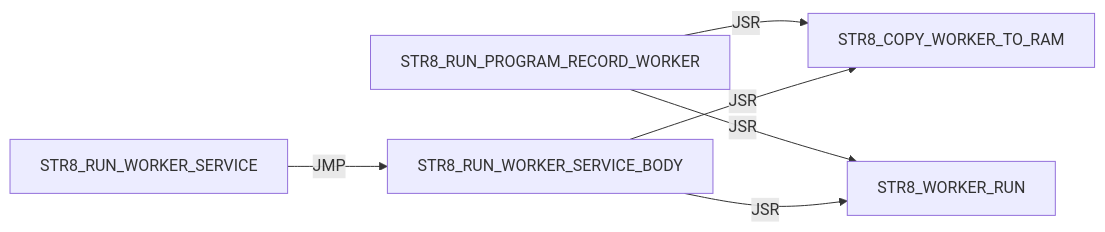
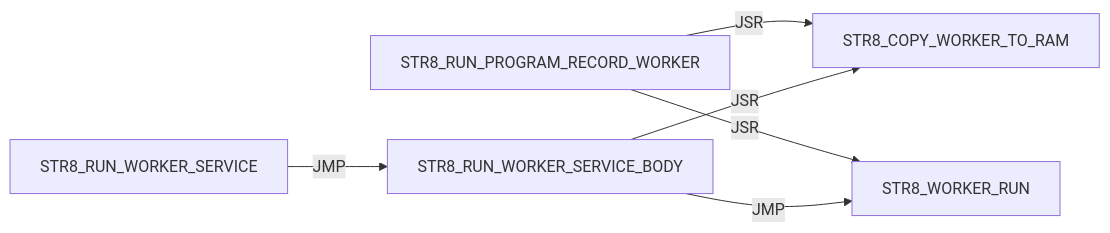
Before and after one commit to 95westus/R-YORS: diagram 28 of 41 in DOC/GUIDES/STR8/STR8_EDGE_DUMP.md, drawn with Mermaid. The commit also changed other lines of this file and 17 other files, not shown here.

````diff
--- a/DOC/GUIDES/STR8/STR8_EDGE_DUMP.md
+++ b/DOC/GUIDES/STR8/STR8_EDGE_DUMP.md
@@ -430,8 +408,8 @@
 ```mermaid
 flowchart LR
     N0["STR8_RUN_PROGRAM_RECORD_WORKER"] -->|JSR| N1["STR8_COPY_WORKER_TO_RAM"]
     N0["STR8_RUN_PROGRAM_RECORD_WORKER"] -->|JSR| N2["STR8_WORKER_RUN"]
     N3["STR8_RUN_WORKER_SERVICE"] -->|JMP| N4["STR8_RUN_WORKER_SERVICE_BODY"]
     N4["STR8_RUN_WORKER_SERVICE_BODY"] -->|JSR| N1["STR8_COPY_WORKER_TO_RAM"]
-    N4["STR8_RUN_WORKER_SERVICE_BODY"] -->|JSR| N2["STR8_WORKER_RUN"]
+    N4["STR8_RUN_WORKER_SERVICE_BODY"] -->|JMP| N2["STR8_WORKER_RUN"]
 ```
````
